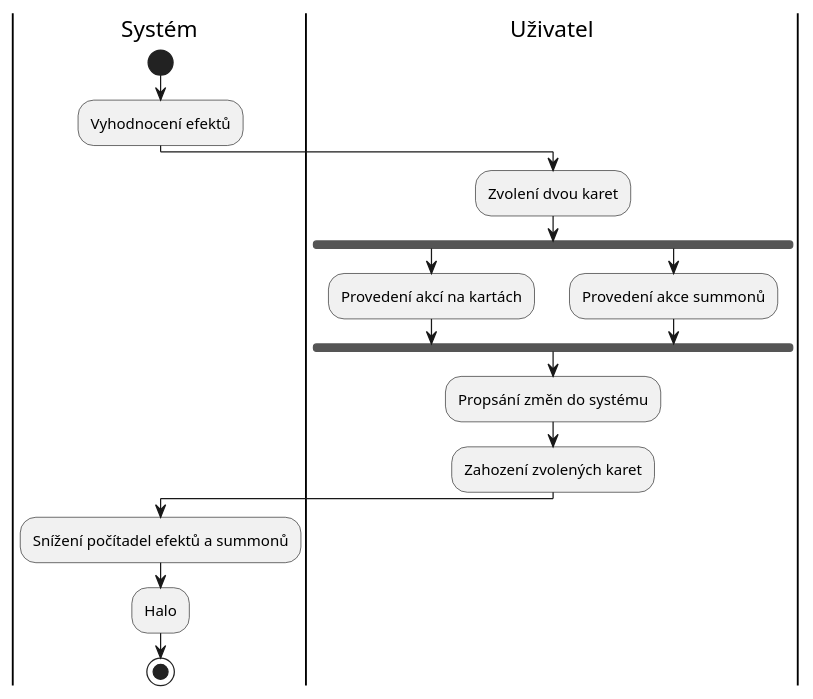
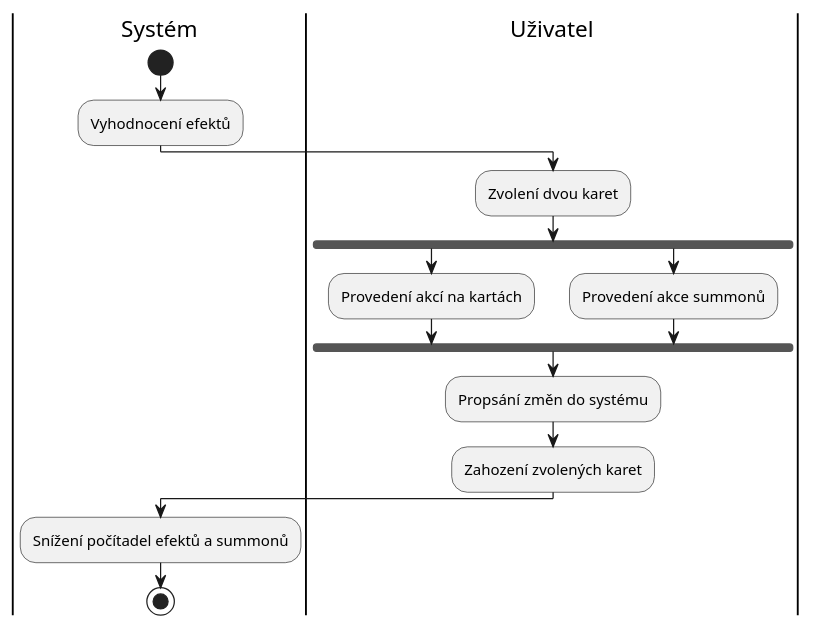
One commit to Trails-Through-Shadows/TTS-Thesis changed the diagram in kov0354/src/figures/diagrams/playerTurn.puml. Above: the diagram before and after it, drawn with PlantUML. The commit also changed 4 other files, not shown here.

```diff
--- a/kov0354/src/figures/diagrams/playerTurn.puml
+++ b/kov0354/src/figures/diagrams/playerTurn.puml
@@ -1,22 +1,21 @@
-@startuml
+@startuml playerTurn
 |Systém|
 start
 
 :Vyhodnocení efektů;
 
 |Uživatel|
 :Zvolení dvou karet;
 fork
   :Provedení akcí na kartách;
 fork again
   :Provedení akce summonů;
 end fork
 :Propsání změn do systému;
 :Zahození zvolených karet;
 
 |Systém|
 :Snížení počítadel efektů a summonů;
-:Halo;
 
 stop
 @enduml
```
